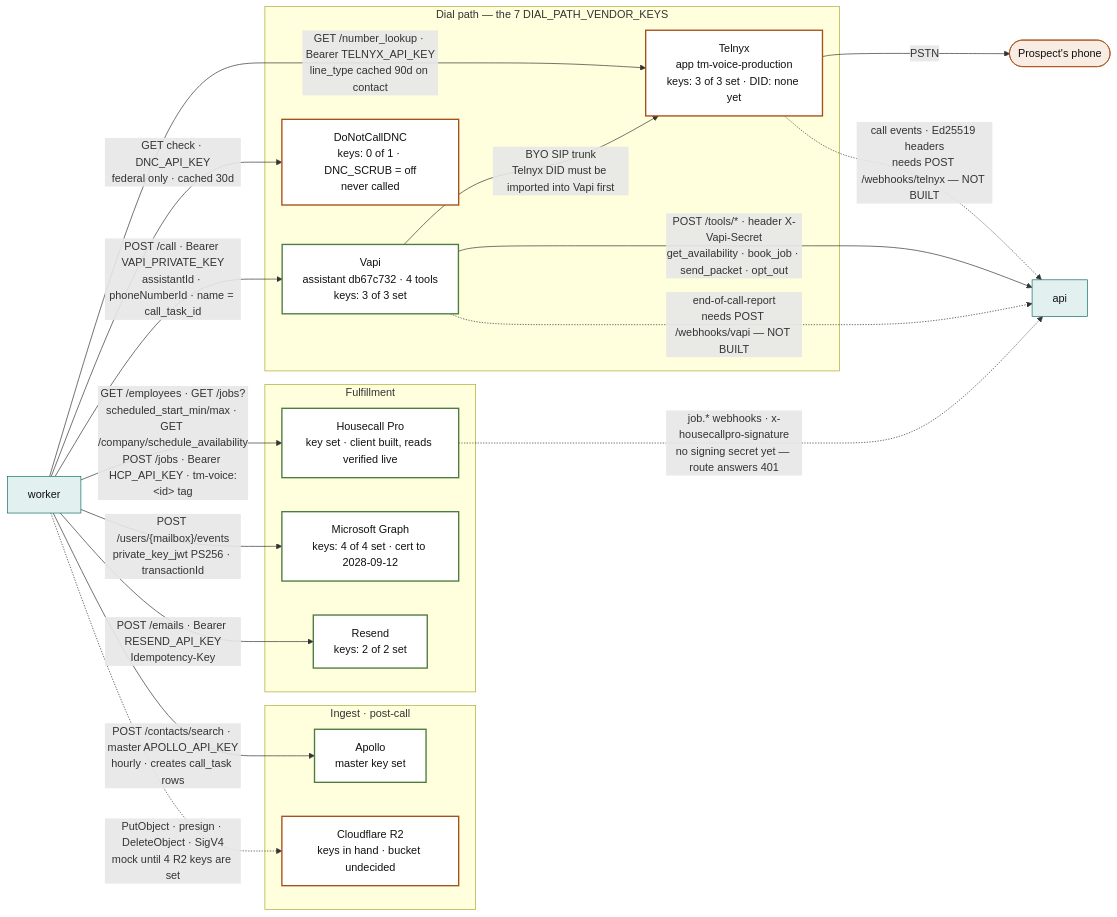
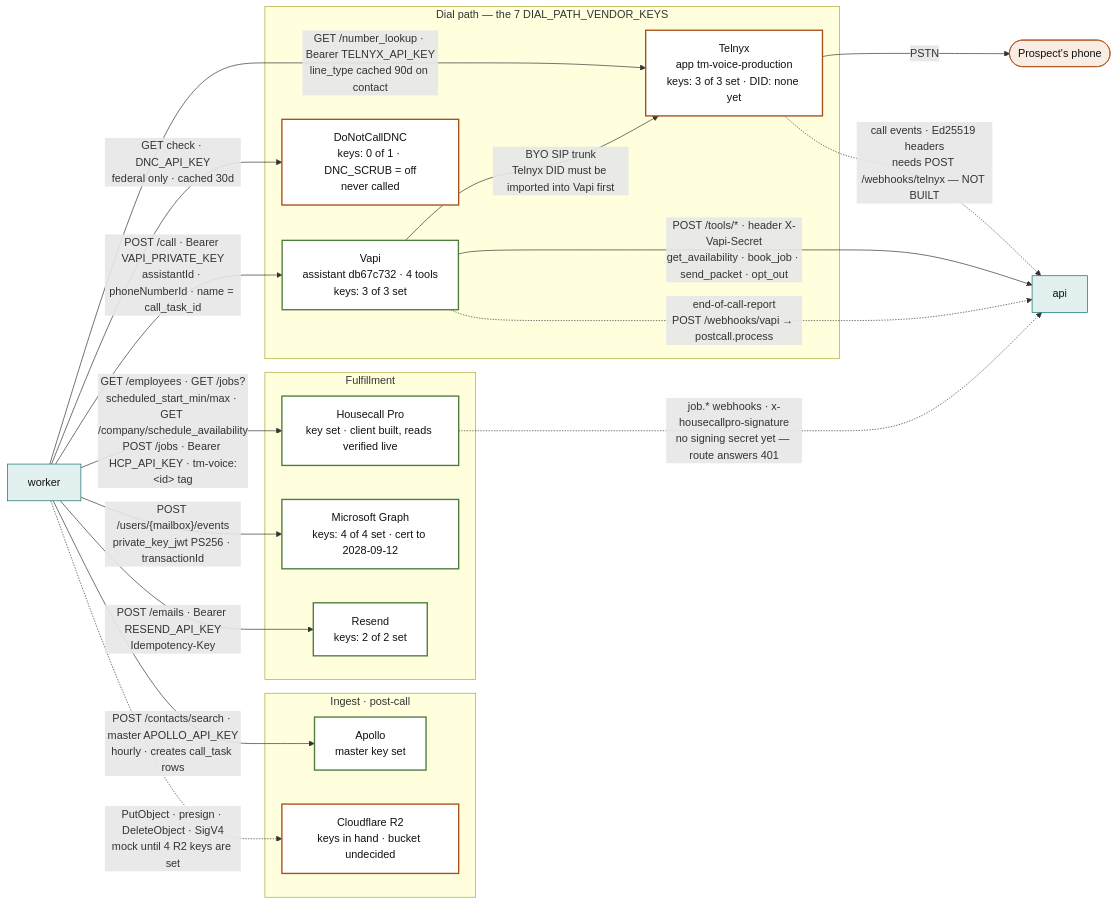
The second of 7 diagrams in docs/ARCHITECTURE.md (MAKaminski/tm-voice), drawn with Mermaid before and after one commit. The commit also changed other lines of this file and 5 other files, not shown here.

First line of the commit message:
Post-call pipeline: POST /webhooks/vapi records disposition, transcript, cost and the task's next step (2026-09-13) (#11)

````diff
--- a/docs/ARCHITECTURE.md
+++ b/docs/ARCHITECTURE.md
@@ -73,45 +73,45 @@
 ```mermaid
 flowchart LR
   classDef svc fill:#e2f0ef,stroke:#0e6d6a,color:#111
   classDef real fill:#fff,stroke:#4d7c3f,stroke-width:2px,color:#111
   classDef partial fill:#fff,stroke:#a8501a,stroke-width:2px,color:#111
   classDef gap fill:#fff,stroke:#a8501a,stroke-dasharray:5 3,color:#a8501a
   classDef human fill:#f9ece2,stroke:#a8501a,color:#111
 
   worker["worker"]:::svc
   api["api"]:::svc
   prospect(["Prospect's phone"]):::human
 
   subgraph dialpath["Dial path — the 7 DIAL_PATH_VENDOR_KEYS"]
     vapi["Vapi<br/>assistant db67c732 · 4 tools<br/>keys: 3 of 3 set"]:::real
     telnyx["Telnyx<br/>app tm-voice-production<br/>keys: 3 of 3 set · DID: none yet"]:::partial
     dnc["DoNotCallDNC<br/>keys: 0 of 1 · DNC_SCRUB = off<br/>never called"]:::partial
   end
 
   subgraph fulfil["Fulfillment"]
     hcp["Housecall Pro<br/>key set · client built, reads verified live"]:::real
     msgraph["Microsoft Graph<br/>keys: 4 of 4 set · cert to 2028-09-12"]:::real
     resend["Resend<br/>keys: 2 of 2 set"]:::real
   end
 
   subgraph other["Ingest · post-call"]
     apollo["Apollo<br/>master key set"]:::real
     r2["Cloudflare R2<br/>keys in hand · bucket undecided"]:::partial
   end
 
   worker -->|"GET /number_lookup · Bearer TELNYX_API_KEY<br/>line_type cached 90d on contact"| telnyx
   worker -->|"GET check · DNC_API_KEY<br/>federal only · cached 30d"| dnc
   worker -->|"POST /call · Bearer VAPI_PRIVATE_KEY<br/>assistantId · phoneNumberId · name = call_task_id"| vapi
   vapi -->|"BYO SIP trunk<br/>Telnyx DID must be imported into Vapi first"| telnyx
   telnyx -->|"PSTN"| prospect
   vapi -->|"POST /tools/* · header X-Vapi-Secret<br/>get_availability · book_job · send_packet · opt_out"| api
-  vapi -.->|"end-of-call-report<br/>needs POST /webhooks/vapi — NOT BUILT"| api
+  vapi -.->|"end-of-call-report<br/>POST /webhooks/vapi → postcall.process"| api
   telnyx -.->|"call events · Ed25519 headers<br/>needs POST /webhooks/telnyx — NOT BUILT"| api
 
   worker -->|"GET /employees · GET /jobs?scheduled_start_min/max · GET /company/schedule_availability<br/>POST /jobs · Bearer HCP_API_KEY · tm-voice:&lt;id&gt; tag"| hcp
   hcp -.->|"job.* webhooks · x-housecallpro-signature<br/>no signing secret yet — route answers 401"| api
   worker -->|"POST /users/{mailbox}/events<br/>private_key_jwt PS256 · transactionId"| msgraph
   worker -->|"POST /emails · Bearer RESEND_API_KEY<br/>Idempotency-Key"| resend
   worker -->|"POST /contacts/search · master APOLLO_API_KEY<br/>hourly · creates call_task rows"| apollo
   worker -.->|"PutObject · presign · DeleteObject · SigV4<br/>mock until 4 R2 keys are set"| r2
 ```
````
